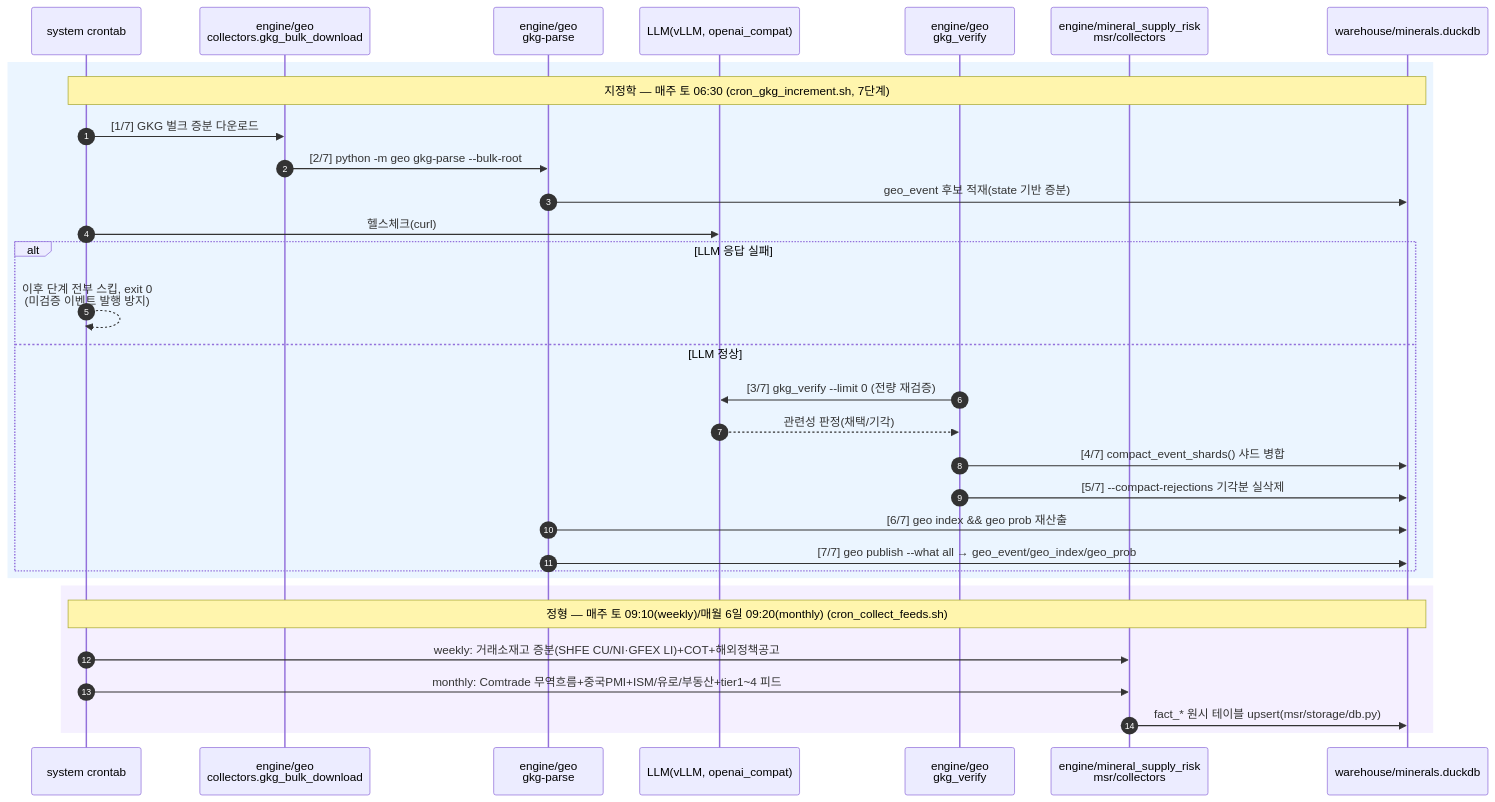
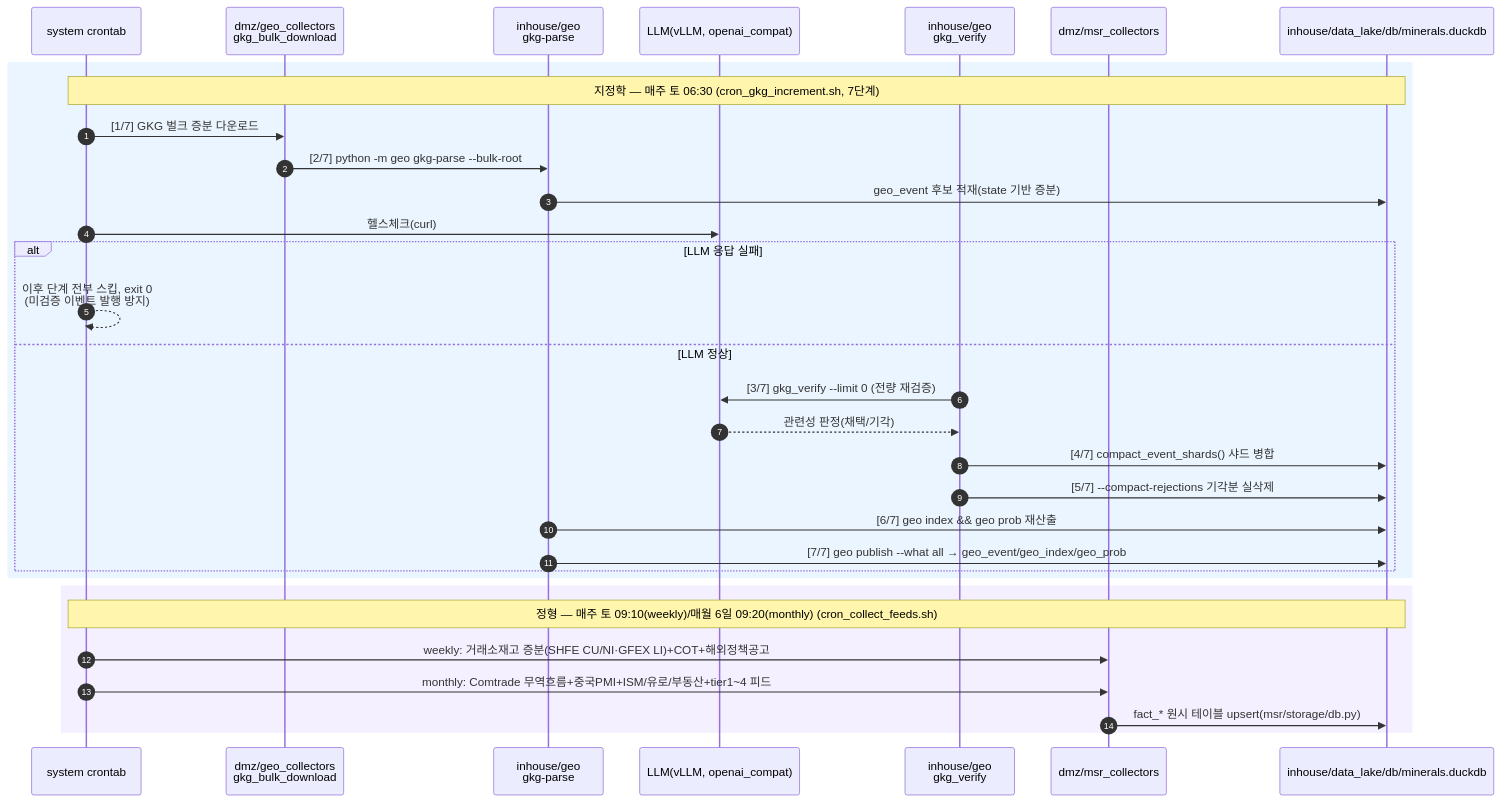
Before and after one commit to jhkang-illunex/komir: the first of 4 diagrams in documents/산출물/2026-W32_0803-0809/전체프로세스_시퀀스다이어그램_260806.md, drawn with Mermaid. The commit also changed other lines of this file and 715 other files, not shown here.

First line of the commit message:
feat: DMZ/inhouse 저장소 물리분리 + collectors 격리 리팩터 + skeptic-code 감사

````diff
--- a/documents/산출물/2026-W32_0803-0809/전체프로세스_시퀀스다이어그램_260806.md
+++ b/documents/산출물/2026-W32_0803-0809/전체프로세스_시퀀스다이어그램_260806.md
@@ -30,36 +40,36 @@
 ```mermaid
 sequenceDiagram
     autonumber
     participant Cron as system crontab
-    participant GeoColl as engine/geo<br/>collectors.gkg_bulk_download
-    participant GeoParse as engine/geo<br/>gkg-parse
+    participant GeoColl as dmz/geo_collectors<br/>gkg_bulk_download
+    participant GeoParse as inhouse/geo<br/>gkg-parse
     participant LLM as LLM(vLLM, openai_compat)
-    participant GeoVerify as engine/geo<br/>gkg_verify
-    participant MsrColl as engine/mineral_supply_risk<br/>msr/collectors
-    participant DB as warehouse/minerals.duckdb
+    participant GeoVerify as inhouse/geo<br/>gkg_verify
+    participant MsrColl as dmz/msr_collectors
+    participant DB as inhouse/data_lake/db/minerals.duckdb
 
     rect rgb(235,245,255)
     Note over Cron,DB: 지정학 — 매주 토 06:30 (cron_gkg_increment.sh, 7단계)
     Cron->>GeoColl: [1/7] GKG 벌크 증분 다운로드
     GeoColl->>GeoParse: [2/7] python -m geo gkg-parse --bulk-root
     GeoParse->>DB: geo_event 후보 적재(state 기반 증분)
     Cron->>LLM: 헬스체크(curl)
     alt LLM 응답 실패
         Cron-->>Cron: 이후 단계 전부 스킵, exit 0<br/>(미검증 이벤트 발행 방지)
     else LLM 정상
         GeoVerify->>LLM: [3/7] gkg_verify --limit 0 (전량 재검증)
         LLM-->>GeoVerify: 관련성 판정(채택/기각)
         GeoVerify->>DB: [4/7] compact_event_shards() 샤드 병합
         GeoVerify->>DB: [5/7] --compact-rejections 기각분 실삭제
         GeoParse->>DB: [6/7] geo index && geo prob 재산출
         GeoParse->>DB: [7/7] geo publish --what all → geo_event/geo_index/geo_prob
     end
     end
 
     rect rgb(245,240,255)
     Note over Cron,DB: 정형 — 매주 토 09:10(weekly)/매월 6일 09:20(monthly) (cron_collect_feeds.sh)
     Cron->>MsrColl: weekly: 거래소재고 증분(SHFE CU/NI·GFEX LI)+COT+해외정책공고
     Cron->>MsrColl: monthly: Comtrade 무역흐름+중국PMI+ISM/유로/부동산+tier1~4 피드
     MsrColl->>DB: fact_* 원시 테이블 upsert(msr/storage/db.py)
     end
 ```
````
